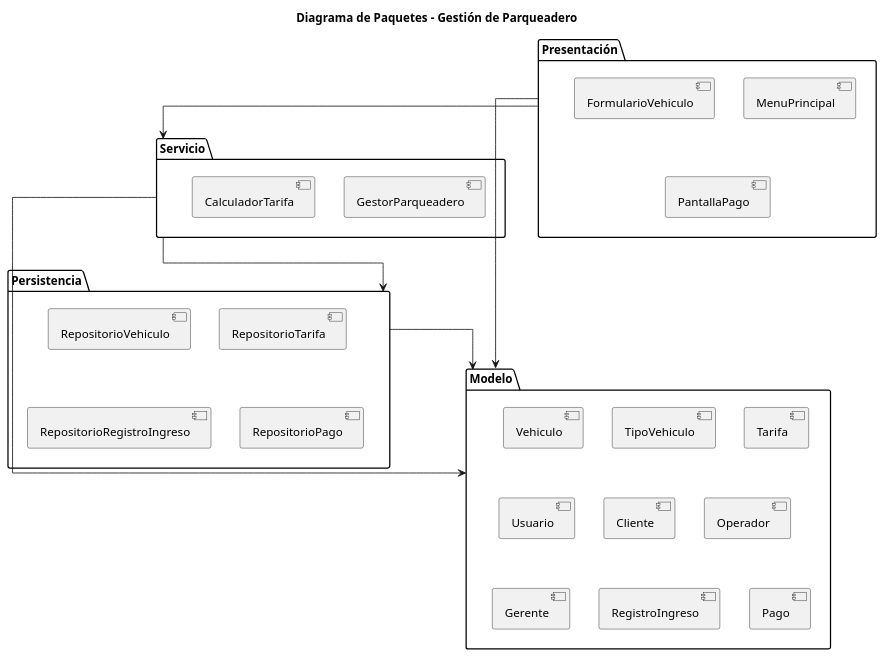
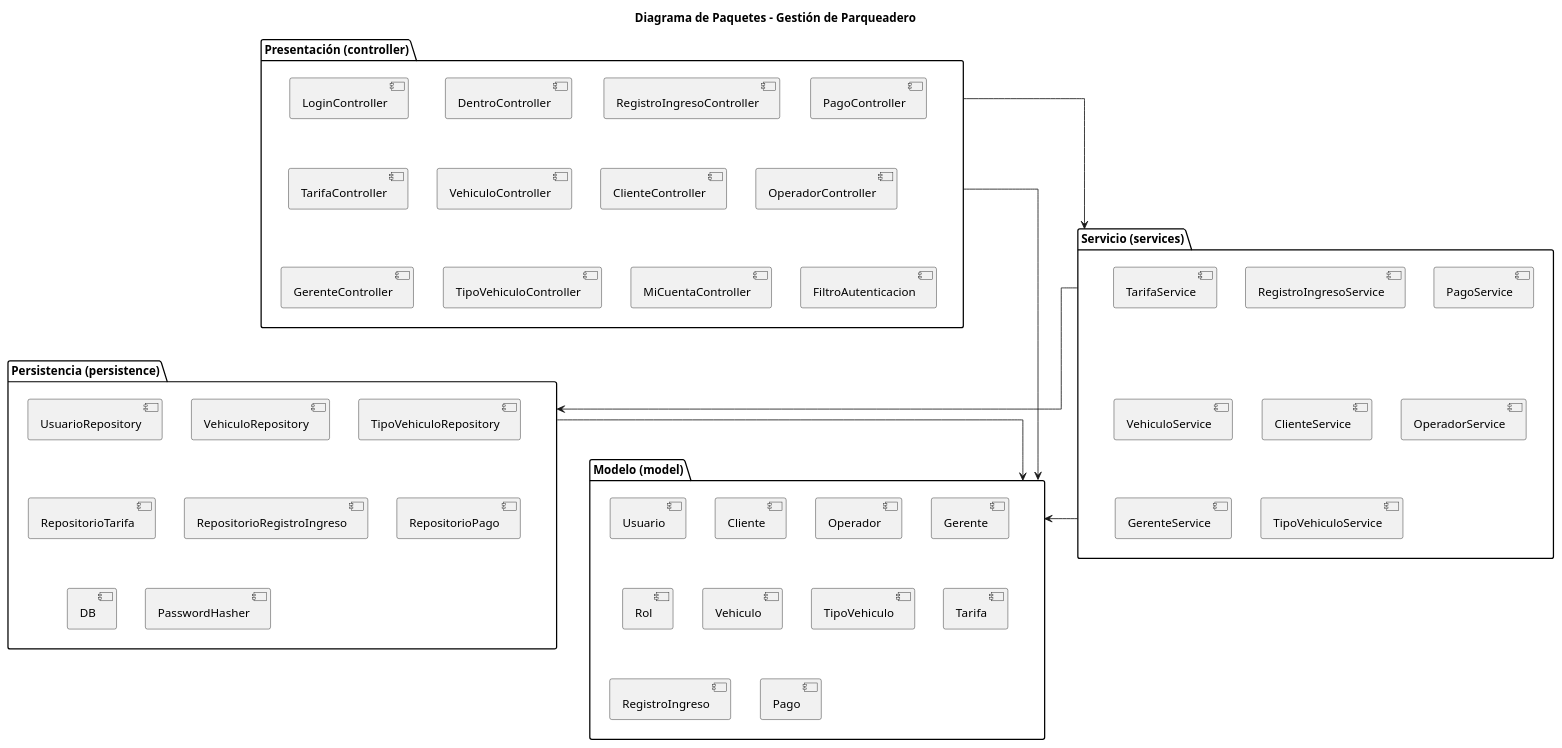
One commit to xdark-nessx20/demo_parq_temp changed the diagram in docs/domain/diagrama-paquetes.puml. Above: the diagram before and after it, drawn with PlantUML. The commit also changed 4 other files, not shown here.

First line of the commit message:
Docs: README, datos-demo.sql y diagramas actualizados

```diff
--- a/docs/domain/diagrama-paquetes.puml
+++ b/docs/domain/diagrama-paquetes.puml
@@ -1,40 +1,60 @@
 @startuml
 title Diagrama de Paquetes - Gestión de Parqueadero
 skinparam linetype ortho
 
-package "Presentación" {
-  [MenuPrincipal]
-  [FormularioVehiculo]
-  [PantallaPago]
+package "Presentación (controller)" {
+  [LoginController]
+  [DentroController]
+  [RegistroIngresoController]
+  [PagoController]
+  [TarifaController]
+  [VehiculoController]
+  [ClienteController]
+  [OperadorController]
+  [GerenteController]
+  [TipoVehiculoController]
+  [MiCuentaController]
+  [FiltroAutenticacion]
 }
 
-package "Persistencia" {
-  [RepositorioVehiculo]
+package "Servicio (services)" {
+  [TarifaService]
+  [RegistroIngresoService]
+  [PagoService]
+  [VehiculoService]
+  [ClienteService]
+  [OperadorService]
+  [GerenteService]
+  [TipoVehiculoService]
+}
+
+package "Persistencia (persistence)" {
+  [UsuarioRepository]
+  [VehiculoRepository]
+  [TipoVehiculoRepository]
   [RepositorioTarifa]
   [RepositorioRegistroIngreso]
   [RepositorioPago]
+  [DB]
+  [PasswordHasher]
 }
 
-package "Servicio" {
-  [GestorParqueadero]
-  [CalculadorTarifa]
-}
-
-package "Modelo" {
-  [Vehiculo]
-  [TipoVehiculo]
-  [Tarifa]
+package "Modelo (model)" {
   [Usuario]
   [Cliente]
   [Operador]
   [Gerente]
+  [Rol]
+  [Vehiculo]
+  [TipoVehiculo]
+  [Tarifa]
   [RegistroIngreso]
   [Pago]
 }
 
-"Servicio" --> "Persistencia"
-"Presentación" --> "Modelo"
-"Servicio" --> "Modelo"
-"Presentación" --> "Servicio"
-"Persistencia" --> "Modelo"
+"Presentación (controller)" --> "Servicio (services)"
+"Presentación (controller)" --> "Modelo (model)"
+"Servicio (services)" --> "Persistencia (persistence)"
+"Servicio (services)" --> "Modelo (model)"
+"Persistencia (persistence)" --> "Modelo (model)"
 @enduml
```
